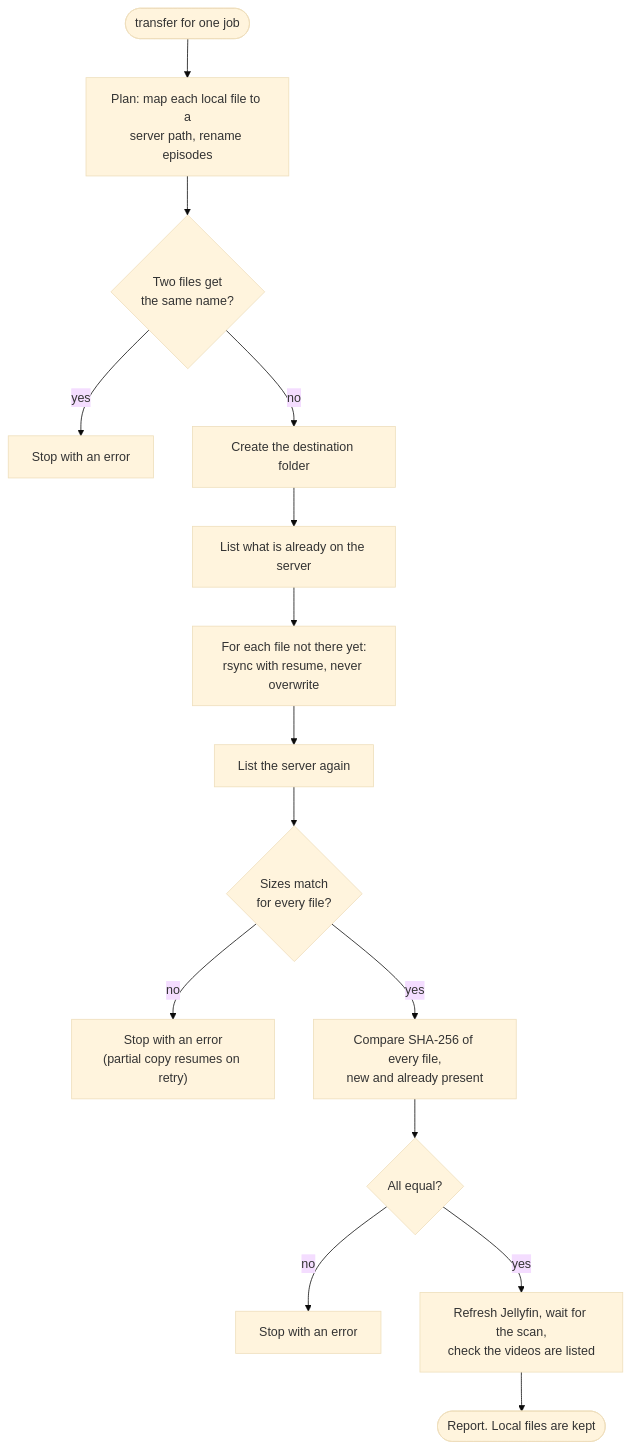
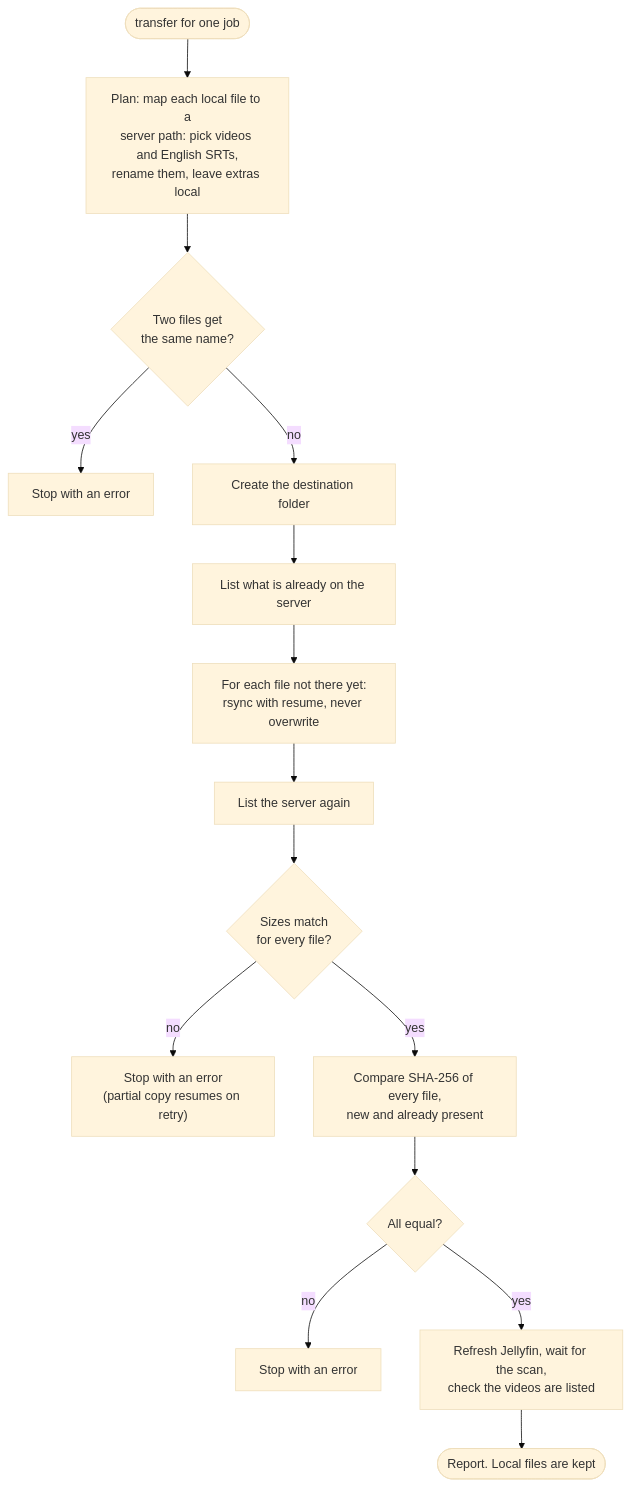
The diagram in docs/diagrams/08-transfer-internals.mmd (A5CENSION-SRT/prowlMCP), drawn with Mermaid (base theme) before and after one commit. The commit also changed 3 other files, not shown here.

First line of the commit message:
Let the server pick and name the files it delivers

```diff
--- a/docs/diagrams/08-transfer-internals.mmd
+++ b/docs/diagrams/08-transfer-internals.mmd
@@ -1,15 +1,15 @@
 flowchart TD
-    s(["transfer for one job"]) --> plan["Plan: map each local file to a<br/>server path, rename episodes"]
+    s(["transfer for one job"]) --> plan["Plan: map each local file to a<br/>server path: pick videos and English SRTs,<br/>rename them, leave extras local"]
     plan --> clash{"Two files get<br/>the same name?"}
     clash -->|"yes"| err1["Stop with an error"]
     clash -->|"no"| mk["Create the destination folder"]
     mk --> before["List what is already on the server"]
     before --> loop["For each file not there yet:<br/>rsync with resume, never overwrite"]
     loop --> after["List the server again"]
     after --> size{"Sizes match<br/>for every file?"}
     size -->|"no"| err2["Stop with an error<br/>(partial copy resumes on retry)"]
     size -->|"yes"| sha["Compare SHA-256 of every file,<br/>new and already present"]
     sha --> sum{"All equal?"}
     sum -->|"no"| err3["Stop with an error"]
     sum -->|"yes"| jf["Refresh Jellyfin, wait for the scan,<br/>check the videos are listed"]
     jf --> fin(["Report. Local files are kept"])
```
